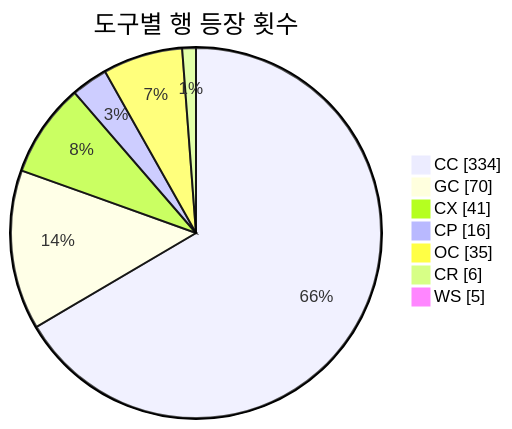
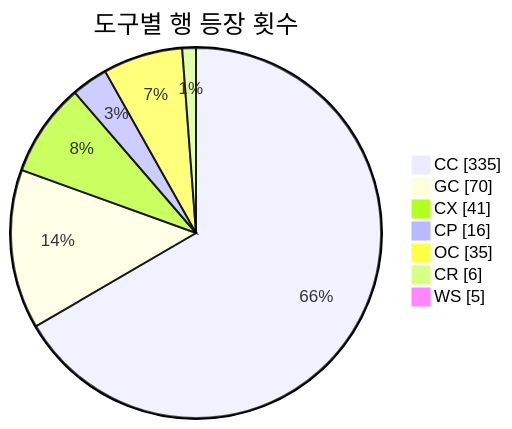
Before and after one commit to J-nowcow/awesome-korean-agent-skills: the second of 3 diagrams in README.md, drawn with Mermaid. The commit also changed other lines of this file and 3 other files, not shown here.

````diff
--- a/README.md
+++ b/README.md
@@ -193,11 +193,11 @@
 ```mermaid
 pie showData
     title 도구별 행 등장 횟수
-    "CC" : 334
+    "CC" : 335
     "GC" : 70
     "CX" : 41
     "CP" : 16
     "OC" : 35
     "CR" : 6
     "WS" : 5
 ```
````
